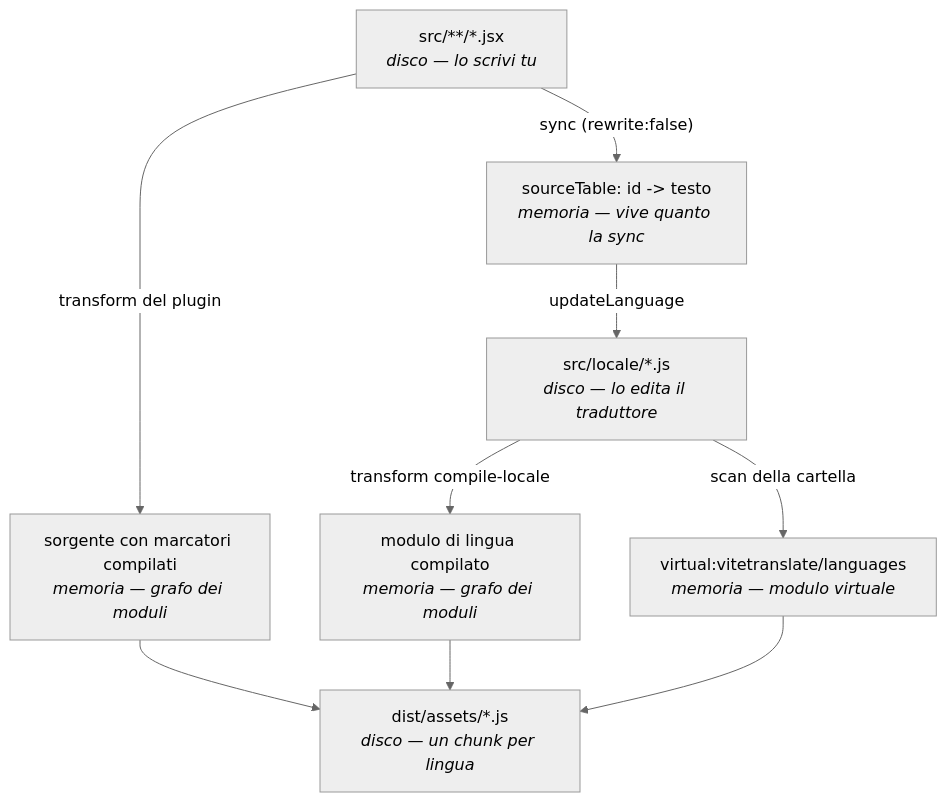
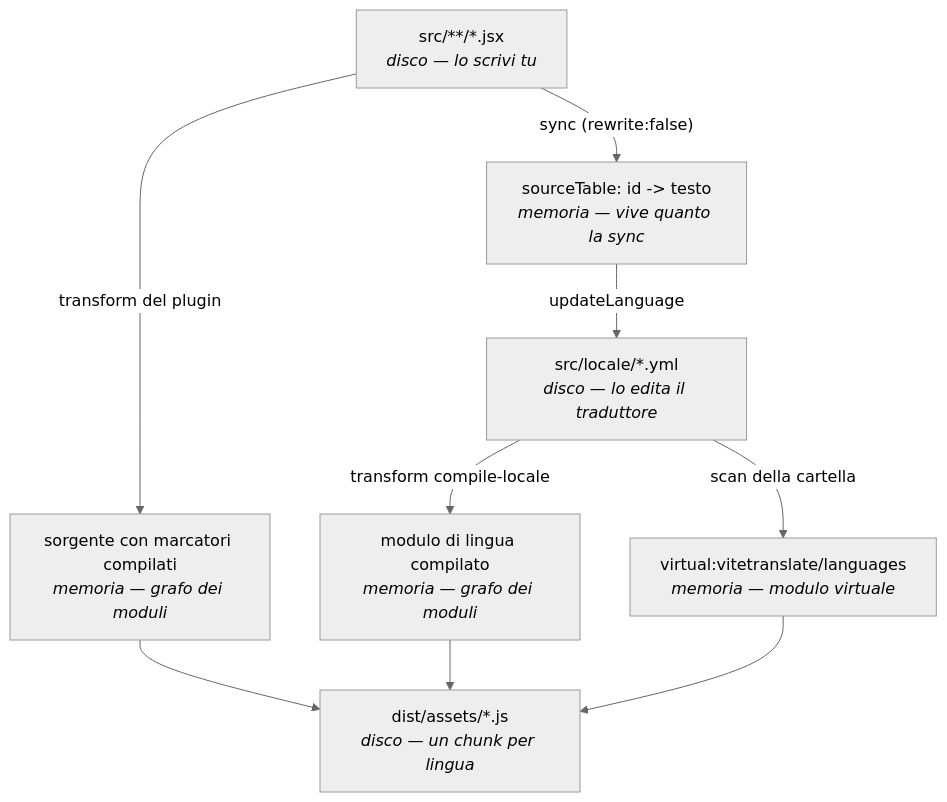
Before and after one commit to sepoina/viteTranslate: the seventh of 8 diagrams in doc/structure.md, drawn with Mermaid (neutral theme). The commit also changed other lines of this file and 50 other files, not shown here.

````diff
--- a/doc/structure.md
+++ b/doc/structure.md
@@ -596,19 +642,19 @@
 ```mermaid
 flowchart TD
   A["src/**/*.jsx<br/><em>disco — lo scrivi tu</em>"]
   B["sourceTable: id -> testo<br/><em>memoria — vive quanto la sync</em>"]
-  C["src/locale/*.js<br/><em>disco — lo edita il traduttore</em>"]
+  C["src/locale/*.yml<br/><em>disco — lo edita il traduttore</em>"]
   D["sorgente con marcatori compilati<br/><em>memoria — grafo dei moduli</em>"]
   E["modulo di lingua compilato<br/><em>memoria — grafo dei moduli</em>"]
   F["virtual:vitetranslate/languages<br/><em>memoria — modulo virtuale</em>"]
   G["dist/assets/*.js<br/><em>disco — un chunk per lingua</em>"]
 
   A -- "sync (rewrite:false)" --> B
   B -- "updateLanguage" --> C
   A -- "transform del plugin" --> D
   C -- "transform compile-locale" --> E
   C -- "scan della cartella" --> F
   D --> G
   E --> G
   F --> G
 ```
````
